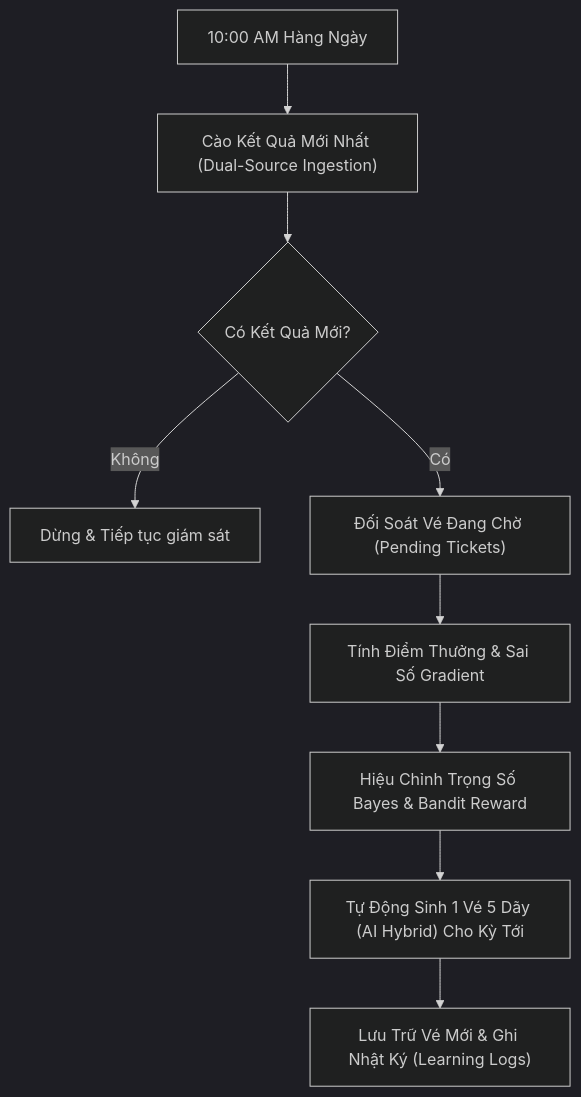
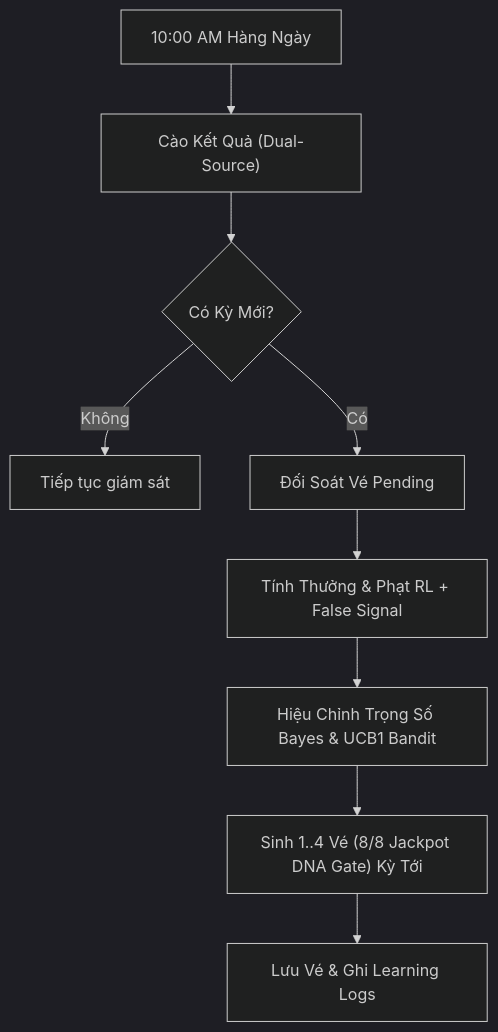
The diagram in docs/OPERATIONS_GUIDE.md (Tb3c123/stochastic-matrix-lab), drawn with Mermaid (dark theme) before and after one commit. The commit also changed other lines of this file and 97 other files, not shown here.

Commit message:
feat(rl,refactor,infra): add 8/8 DNA + UCB1 bandit, enforce 150-line cap, deploy CasaOS (:3080/:8088)

````diff
--- a/docs/OPERATIONS_GUIDE.md
+++ b/docs/OPERATIONS_GUIDE.md
@@ -27,11 +19,11 @@
 ```mermaid
 flowchart TD
-    A["10:00 AM Hàng Ngày"] --> B["Cào Kết Quả Mới Nhất (Dual-Source Ingestion)"]
-    B --> C{"Có Kết Quả Mới?"}
-    C -- "Không" --> Z["Dừng & Tiếp tục giám sát"]
-    C -- "Có" --> D["Đối Soát Vé Đang Chờ (Pending Tickets)"]
-    D --> E["Tính Điểm Thưởng & Sai Số Gradient"]
-    E --> F["Hiệu Chỉnh Trọng Số Bayes & Bandit Reward"]
-    F --> G["Tự Động Sinh 1 Vé 5 Dãy (AI Hybrid) Cho Kỳ Tới"]
-    G --> H["Lưu Trữ Vé Mới & Ghi Nhật Ký (Learning Logs)"]
+    A["10:00 AM Hàng Ngày"] --> B["Cào Kết Quả (Dual-Source)"]
+    B --> C{"Có Kỳ Mới?"}
+    C -- "Không" --> Z["Tiếp tục giám sát"]
+    C -- "Có" --> D["Đối Soát Vé Pending"]
+    D --> E["Tính Thưởng & Phạt RL + False Signal"]
+    E --> F["Hiệu Chỉnh Trọng Số Bayes & UCB1 Bandit"]
+    F --> G["Sinh 1..4 Vé (8/8 Jackpot DNA Gate) Kỳ Tới"]
+    G --> H["Lưu Vé & Ghi Learning Logs"]
 ```
````
